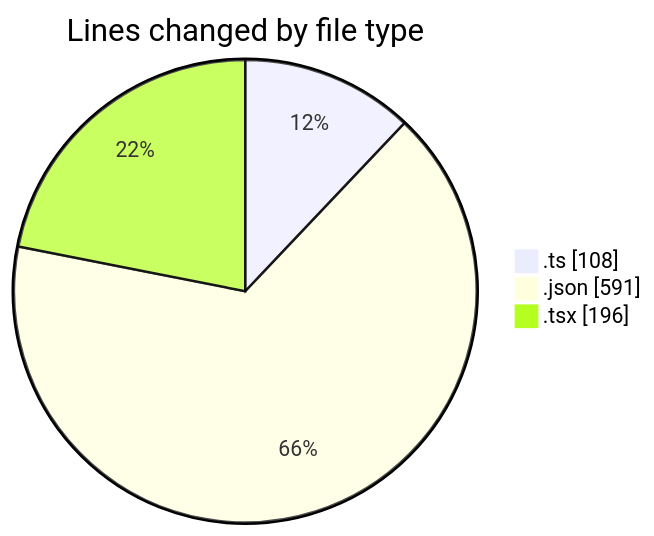
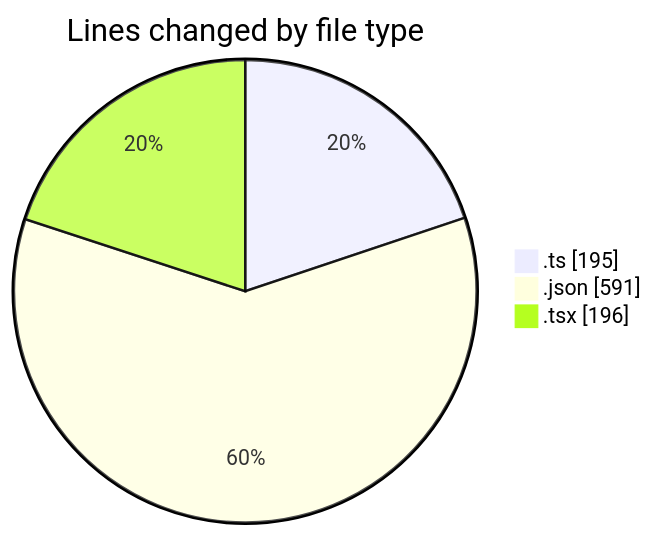
The first of 2 diagrams in 2025-07-12/ribbon/README.md (EIIisD/code-tracking), drawn with Mermaid before and after one commit. The commit also changed other lines of this file and 1 other file, not shown here.

````diff
--- a/2025-07-12/ribbon/README.md
+++ b/2025-07-12/ribbon/README.md
@@ -25,7 +27,7 @@
 ```mermaid
 pie showData
 title Lines changed by file type
-".ts" : 108
+".ts" : 195
 ".json" : 591
 ".tsx" : 196
 ```
````
